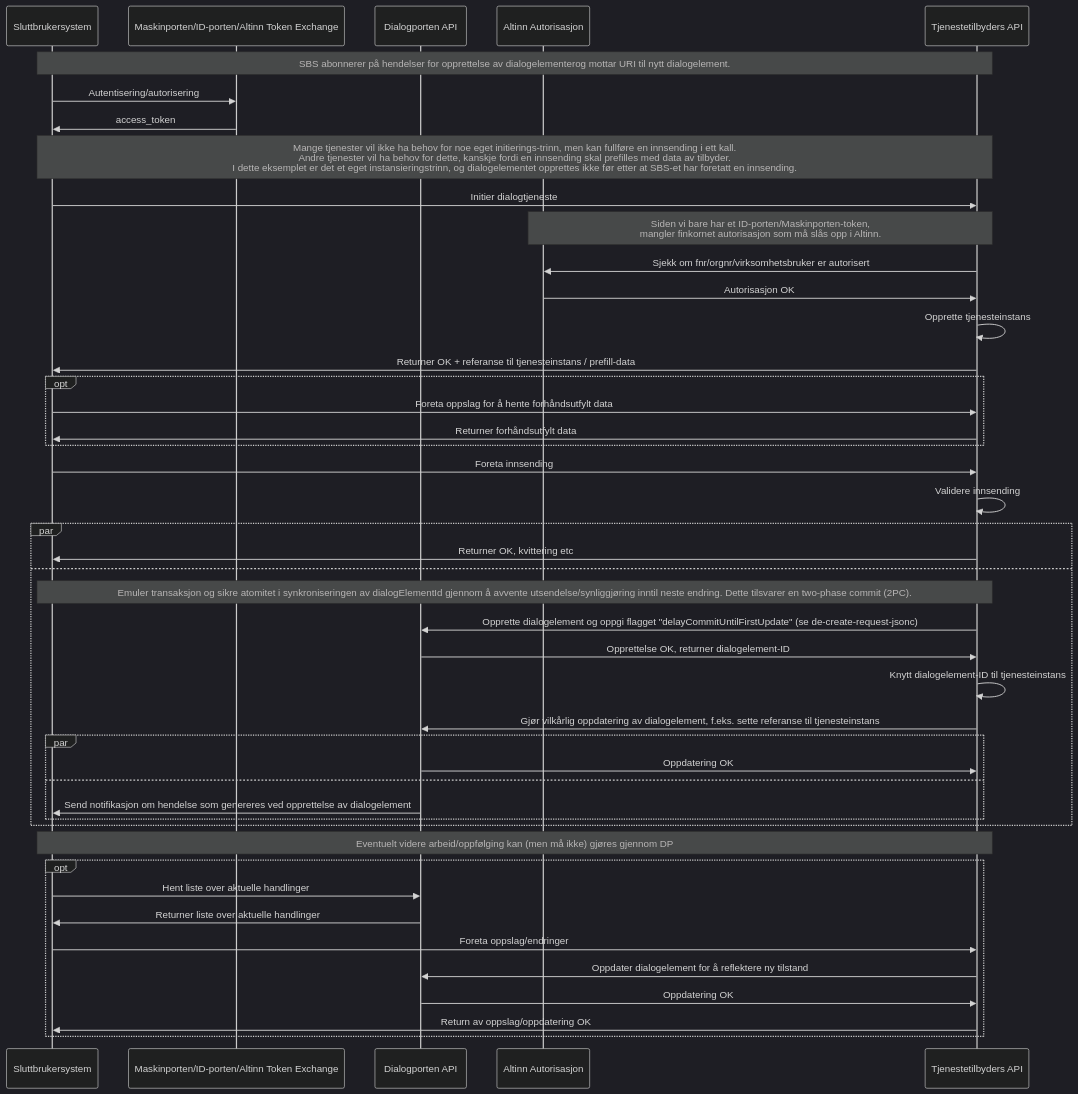
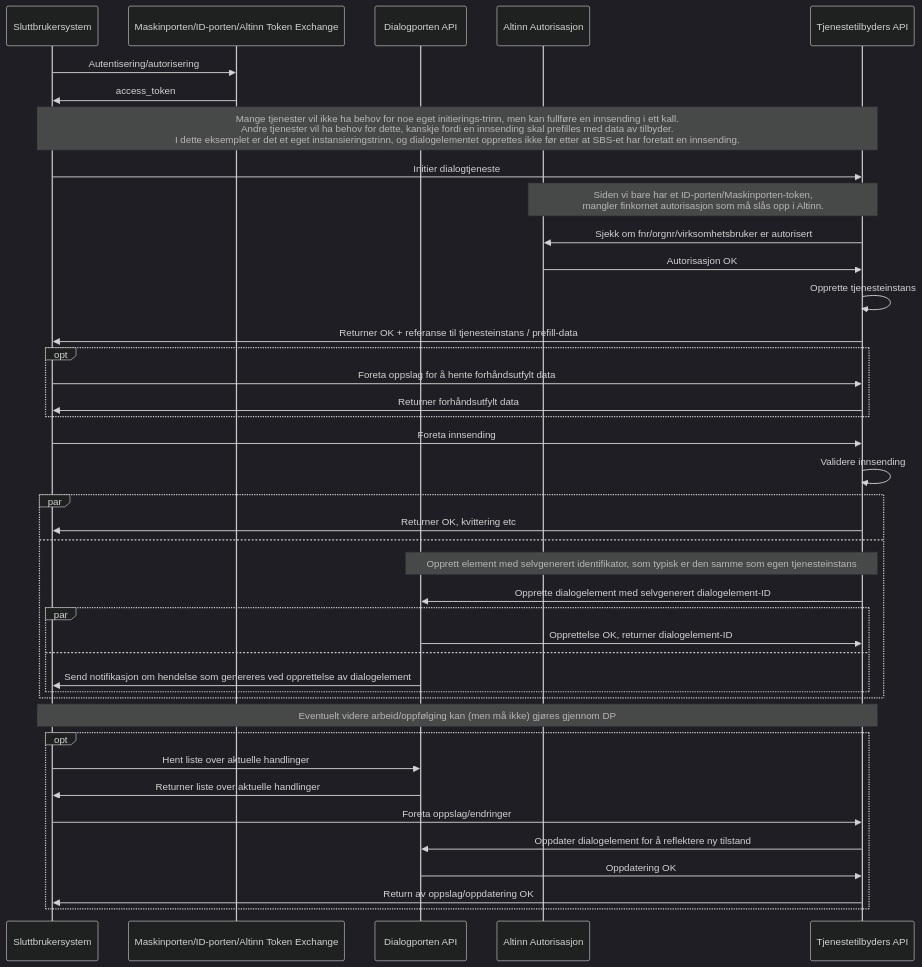
Before and after one commit to elsand/elsand.github.io: the sixth of 6 diagrams in dialogporten.md, drawn with Mermaid (dark theme). The commit also changed other lines of this file and 1 other file, not shown here.

Commit message:
Add support for supplying id for dialogelement (#25)

````diff
--- a/dialogporten.md
+++ b/dialogporten.md
@@ -493,53 +506,49 @@
 ```mermaid!
 sequenceDiagram
     participant SBS as Sluttbrukersystem
     participant EID as Maskinporten/ID-porten/Altinn Token Exchange
     participant API as Dialogporten API
     participant AA as Altinn Autorisasjon
     participant TEAPI as Tjenestetilbyders API
-note over SBS,TEAPI: SBS abonnerer på hendelser for opprettelse av dialogelementerog mottar URI til nytt dialogelement.    
 SBS->>EID: Autentisering/autorisering
 EID->>SBS: access_token
 note over SBS,TEAPI: Mange tjenester vil ikke ha behov for noe eget initierings-trinn, men kan fullføre en innsending i ett kall.<br>Andre tjenester vil ha behov for dette, kanskje fordi en innsending skal prefilles med data av tilbyder.<br>I dette eksemplet er det et eget instansieringstrinn, og dialogelementet opprettes ikke før etter at SBS-et har foretatt en innsending.
 SBS->>TEAPI: Initier dialogtjeneste
 note over AA,TEAPI: Siden vi bare har et ID-porten/Maskinporten-token,<br>mangler finkornet autorisasjon som må slås opp i Altinn.
 TEAPI->>AA: Sjekk om fnr/orgnr/virksomhetsbruker er autorisert
 AA->>TEAPI: Autorisasjon OK
 TEAPI->>TEAPI: Opprette tjenesteinstans
 TEAPI->>SBS: Returner OK + referanse til tjenesteinstans / prefill-data
 opt
     SBS->>TEAPI: Foreta oppslag for å hente forhåndsutfylt data
     TEAPI->>SBS: Returner forhåndsutfylt data
 end
 SBS->>TEAPI: Foreta innsending
 TEAPI->>TEAPI: Validere innsending
 par
     TEAPI->>SBS: Returner OK, kvittering etc
 and
-    note over SBS,TEAPI: Emuler transaksjon og sikre atomitet i synkroniseringen av dialogElementId gjennom å avvente utsendelse/synliggjøring inntil neste endring. Dette tilsvarer en two-phase commit (2PC).
-    TEAPI->>API: Opprette dialogelement og oppgi flagget "delayCommitUntilFirstUpdate" (se de-create-request-jsonc)
-    API->>TEAPI: Opprettelse OK, returner dialogelement-ID
-    TEAPI->>TEAPI: Knytt dialogelement-ID til tjenesteinstans
-    TEAPI->>API: Gjør vilkårlig oppdatering av dialogelement, f.eks. sette referanse til tjenesteinstans
+    note over API,TEAPI: Opprett element med selvgenerert identifikator, som typisk er den samme som egen tjenesteinstans
+    TEAPI->>API: Opprette dialogelement med selvgenerert dialogelement-ID
     par
-        API->>TEAPI: Oppdatering OK
+        API->>TEAPI: Opprettelse OK, returner dialogelement-ID
     and
         API->>SBS: Send notifikasjon om hendelse som genereres ved opprettelse av dialogelement    
     end
 end
 
 note over SBS,TEAPI: Eventuelt videre arbeid/oppfølging kan (men må ikke) gjøres gjennom DP
 
 opt
     SBS->>API: Hent liste over aktuelle handlinger
     API->>SBS: Returner liste over aktuelle handlinger
 
     SBS->>TEAPI: Foreta oppslag/endringer
 
     TEAPI->>API: Oppdater dialogelement for å reflektere ny tilstand
     API->>TEAPI: Oppdatering OK
 
     TEAPI->>SBS: Return av oppslag/oppdatering OK
 end
 
 ```
````
